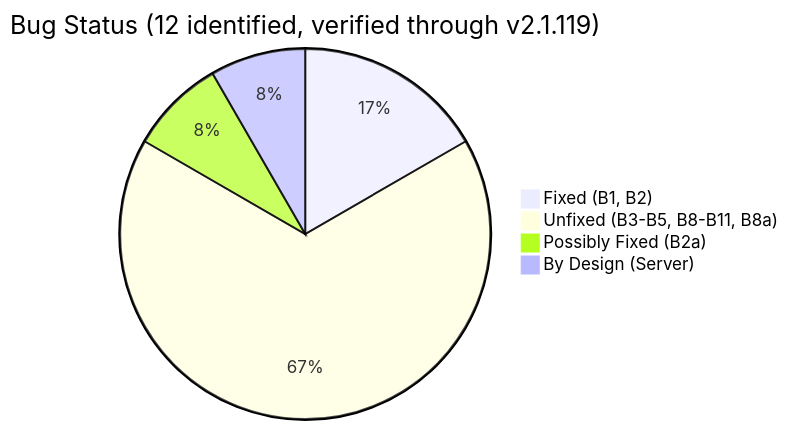
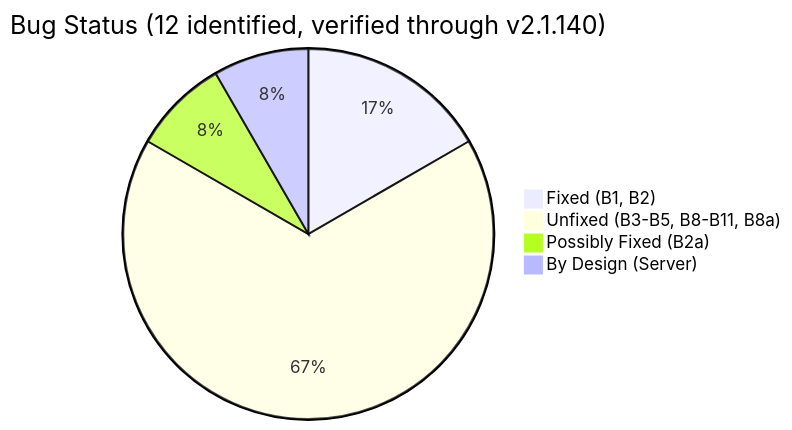
Before and after one commit to ArkNill/claude-code-hidden-problem-analysis: the diagram in README.md, drawn with Mermaid. The commit also changed other lines of this file, not shown here.

First line of the commit message:
docs(readme): May 13 update — stability test entry, v2.1.140 status, Documents refresh

````diff
--- a/README.md
+++ b/README.md
@@ -149,7 +164,7 @@
 ```mermaid
-pie title Bug Status (12 identified, verified through v2.1.119)
+pie title Bug Status (12 identified, verified through v2.1.140)
     "Fixed (B1, B2)" : 2
     "Unfixed (B3-B5, B8-B11, B8a)" : 8
     "Possibly Fixed (B2a)" : 1
     "By Design (Server)" : 1
 ```
````
